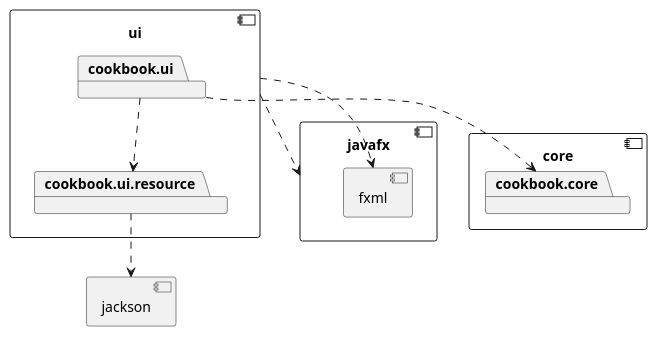
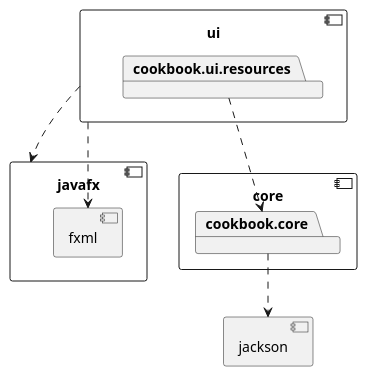
The diagram in cookbook/architecture.puml (MadsJJ/Cookbook), drawn with PlantUML before and after one commit.

Commit message:
cleanup in diagram

```diff
--- a/cookbook/architecture.puml
+++ b/cookbook/architecture.puml
@@ -1,28 +1,26 @@
 @startuml
 
 component core {
 	package cookbook.core
 }
 
 component ui {
-	package cookbook.ui
-    package cookbook.ui.resource
+    package cookbook.ui.resources
 
 }
-cookbook.ui ..> cookbook.ui.resource
-cookbook.ui.resource ..> jackson
-cookbook.ui ..> cookbook.core
+cookbook.core ..> jackson
+cookbook.ui.resources ..> cookbook.core
 
 
 component javafx {
 	component fxml {
 	}
 }
 
 ui ..> javafx
 ui ..> fxml
 
 component jackson {
 }
 
 @enduml
```
